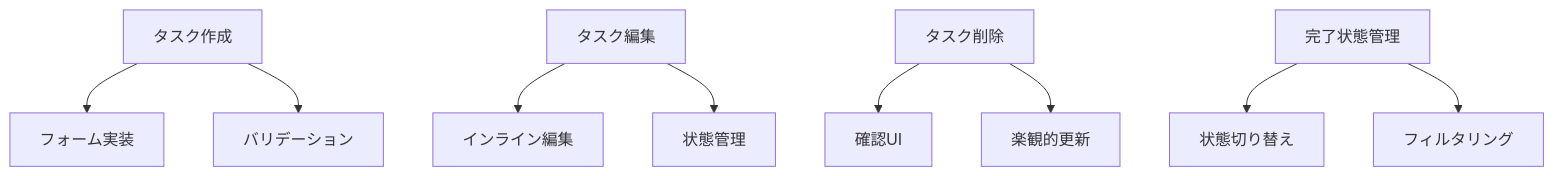
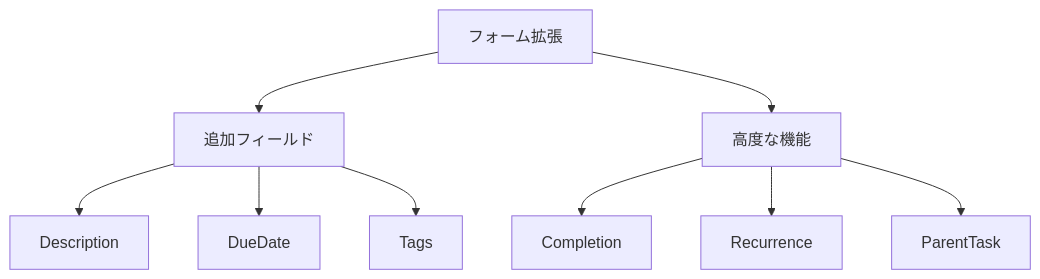
The first of 2 diagrams in memory-bank/activeContext.md (hushin-sandbox/try-rsbuild-tanstack), drawn with Mermaid before and after one commit. The commit also changed other lines of this file and 3 other files, not shown here.

````diff
--- a/memory-bank/activeContext.md
+++ b/memory-bank/activeContext.md
@@ -30,11 +34,11 @@
 ```mermaid
 graph TD
-    A[タスク作成] --> B[フォーム実装]
-    A --> C[バリデーション]
-    D[タスク編集] --> E[インライン編集]
-    D --> F[状態管理]
-    G[タスク削除] --> H[確認UI]
-    G --> I[楽観的更新]
-    J[完了状態管理] --> K[状態切り替え]
-    J --> L[フィルタリング]
+    A[フォーム拡張] --> B[追加フィールド]
+    A --> C[高度な機能]
+    B --> D[Description]
+    B --> E[DueDate]
+    B --> F[Tags]
+    C --> G[Completion]
+    C --> H[Recurrence]
+    C --> I[ParentTask]
 ```
````
